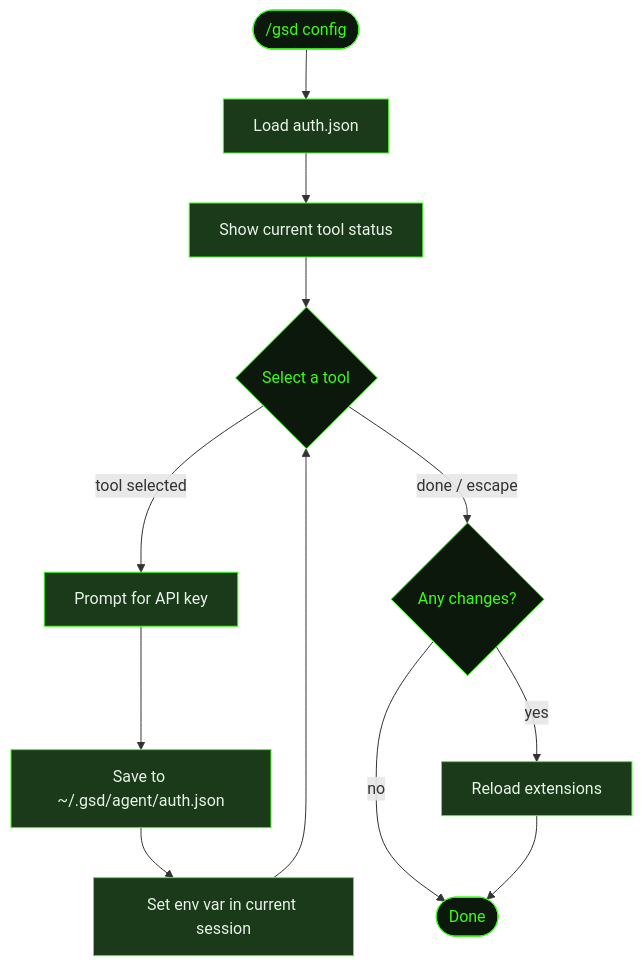
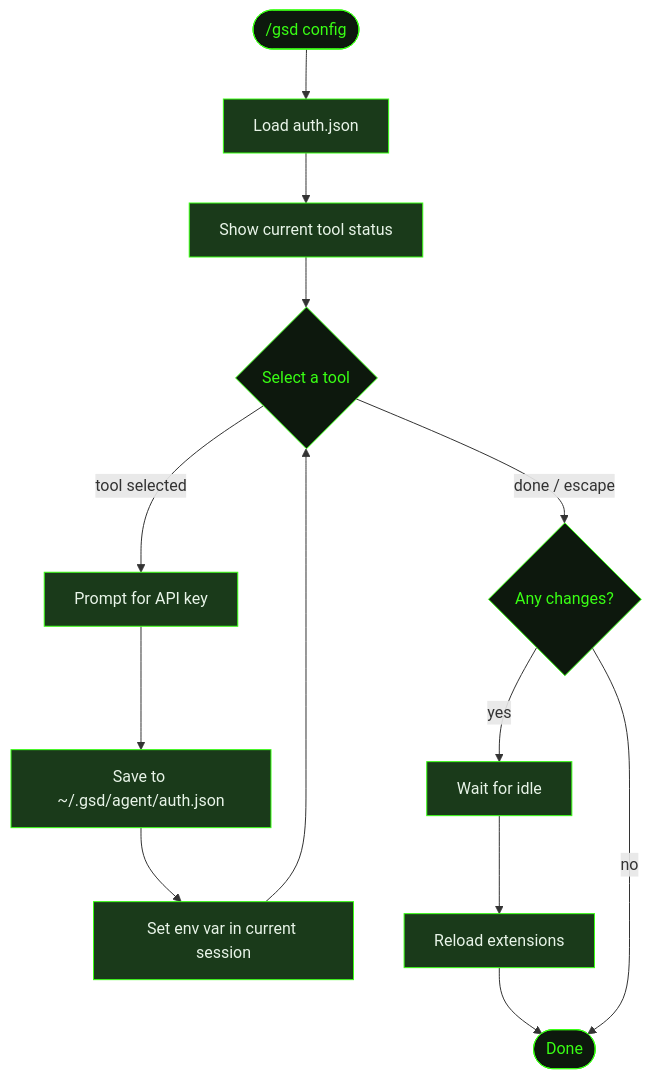
The diagram in src/content/docs/commands/config.mdx (shusha-group/gsd2-guide), drawn with Mermaid before and after one commit. The commit also changed other lines of this file and 49 other files, not shown here.

````diff
--- a/src/content/docs/commands/config.mdx
+++ b/src/content/docs/commands/config.mdx
@@ -24,25 +24,27 @@
 ```mermaid
 flowchart TD
     Start(["/gsd config"]) --> Load[Load auth.json]
     Load --> Status[Show current tool status]
     Status --> Loop{Select a tool}
     Loop -->|tool selected| Input[Prompt for API key]
     Input --> Save[Save to ~/.gsd/agent/auth.json]
     Save --> Activate[Set env var in current session]
     Activate --> Loop
     Loop -->|done / escape| Changed{Any changes?}
-    Changed -->|yes| Reload[Reload extensions]
-    Changed -->|no| End([Done])
-    Reload --> End
+    Changed -->|yes| Wait[Wait for idle]
+    Wait --> Reload[Reload extensions]
+    Reload --> End([Done])
+    Changed -->|no| End
 
     style Start fill:#0d180d,stroke:#39ff14,color:#39ff14
     style Loop fill:#0d180d,stroke:#39ff14,color:#39ff14
     style Changed fill:#0d180d,stroke:#39ff14,color:#39ff14
     style Load fill:#1a3a1a,stroke:#39ff14,color:#e8f4e8
     style Status fill:#1a3a1a,stroke:#39ff14,color:#e8f4e8
     style Input fill:#1a3a1a,stroke:#39ff14,color:#e8f4e8
     style Save fill:#1a3a1a,stroke:#39ff14,color:#e8f4e8
     style Activate fill:#1a3a1a,stroke:#39ff14,color:#e8f4e8
+    style Wait fill:#1a3a1a,stroke:#39ff14,color:#e8f4e8
     style Reload fill:#1a3a1a,stroke:#39ff14,color:#e8f4e8
     style End fill:#0d180d,stroke:#39ff14,color:#39ff14
 ```
````
